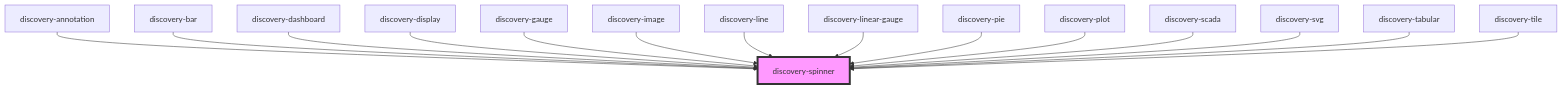
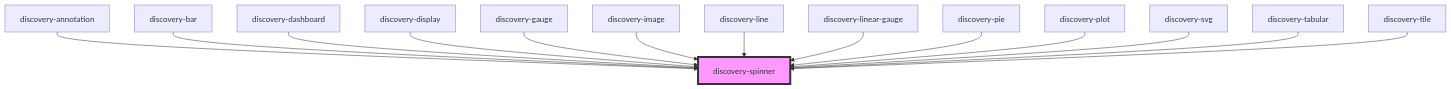
Before and after one commit to senx/discovery-widgets: the diagram in src/components/discovery-spinner/readme.md, drawn with Mermaid. The commit also changed other lines of this file and 4 other files, not shown here.

````diff
--- a/src/components/discovery-spinner/readme.md
+++ b/src/components/discovery-spinner/readme.md
@@ -35,18 +34,17 @@
 ```mermaid
 graph TD;
   discovery-annotation --> discovery-spinner
   discovery-bar --> discovery-spinner
   discovery-dashboard --> discovery-spinner
   discovery-display --> discovery-spinner
   discovery-gauge --> discovery-spinner
   discovery-image --> discovery-spinner
   discovery-line --> discovery-spinner
   discovery-linear-gauge --> discovery-spinner
   discovery-pie --> discovery-spinner
   discovery-plot --> discovery-spinner
-  discovery-scada --> discovery-spinner
   discovery-svg --> discovery-spinner
   discovery-tabular --> discovery-spinner
   discovery-tile --> discovery-spinner
   style discovery-spinner fill:#f9f,stroke:#333,stroke-width:4px
 ```
````
